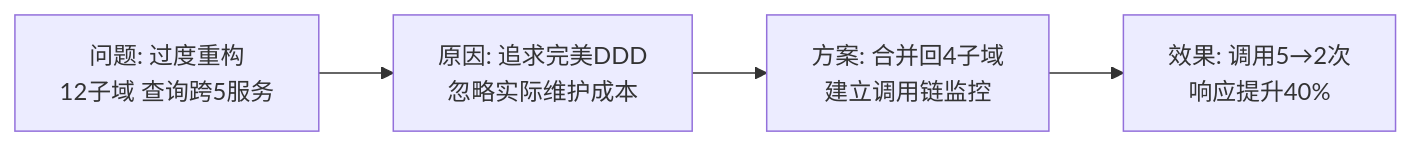
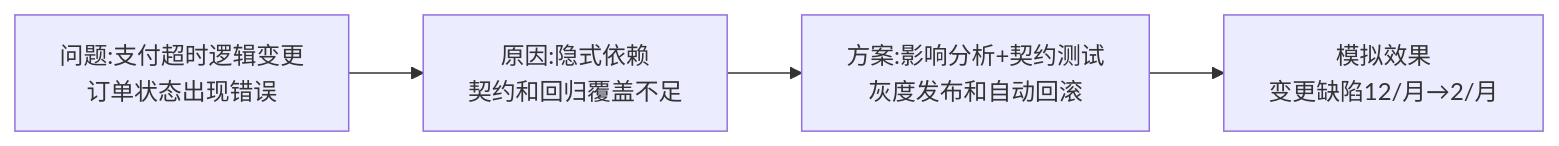
Before and after one commit to EdgarLQS/SoftwareArchitectureExamGuide: the third of 4 diagrams in 02-论文专题/0008-软件维护/00-大纲记忆卡.md, drawn with Mermaid. The commit also changed other lines of this file, not shown here.

````diff
--- a/02-论文专题/0008-软件维护/00-大纲记忆卡.md
+++ b/02-论文专题/0008-软件维护/00-大纲记忆卡.md
@@ -50,6 +109,6 @@
 ```mermaid
 flowchart LR
-    A["问题: 过度重构<br/>12子域 查询跨5服务"] --> B["原因: 追求完美DDD<br/>忽略实际维护成本"]
-    B --> C["方案: 合并回4子域<br/>建立调用链监控"]
-    C --> D["效果: 调用5→2次<br/>响应提升40%"]
+    A["问题:支付超时逻辑变更<br/>订单状态出现错误"] --> B["原因:隐式依赖<br/>契约和回归覆盖不足"]
+    B --> C["方案:影响分析+契约测试<br/>灰度发布和自动回滚"]
+    C --> D["模拟效果<br/>变更缺陷12/月→2/月"]
 ```
````
